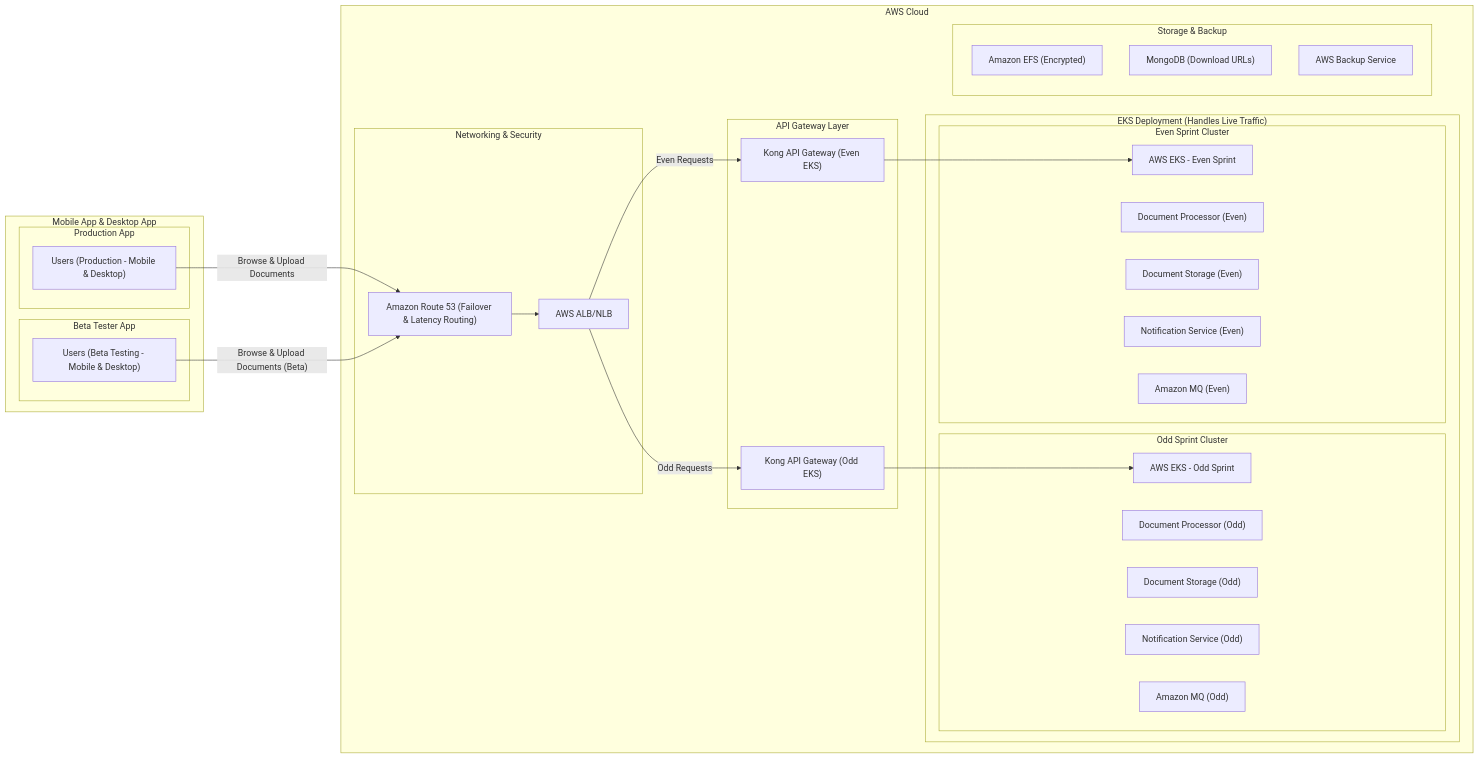
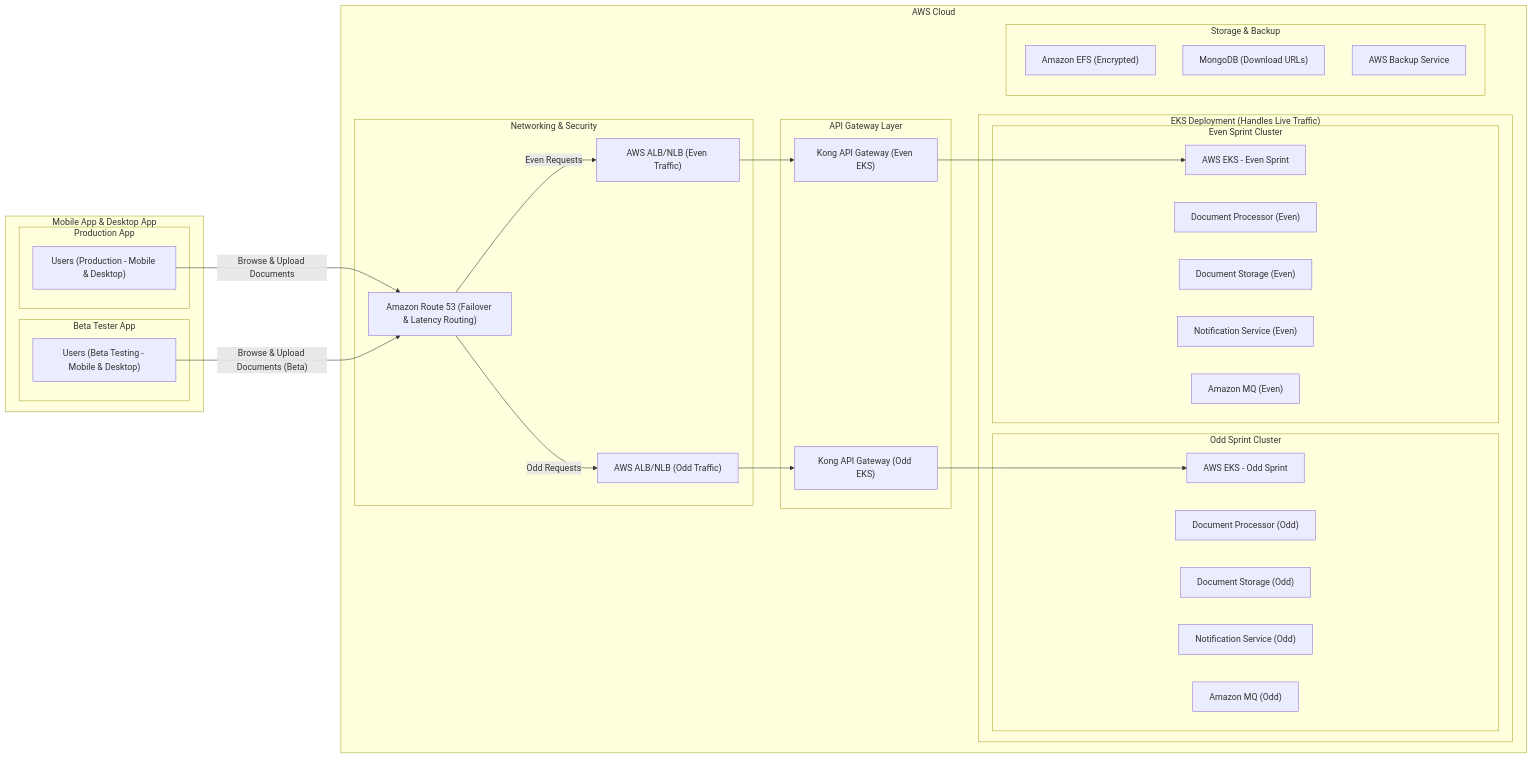
The second of 2 diagrams in NewArchitecture.md (FedericoDelSaz/sre-test), drawn with Mermaid before and after one commit.

Commit message:
fix diagrams

````diff
--- a/NewArchitecture.md
+++ b/NewArchitecture.md
@@ -101,56 +101,57 @@
 ```mermaid
 graph LR
   subgraph "Mobile App & Desktop App"
     subgraph "Production App"
       ProdUsers["Users (Production - Mobile & Desktop)"]
     end
     subgraph "Beta Tester App"
       BetaUsers["Users (Beta Testing - Mobile & Desktop)"]
     end
   end
   subgraph "AWS Cloud"
     subgraph "Networking & Security"
       Route53["Amazon Route 53 (Failover & Latency Routing)"]
-      ALB["AWS ALB/NLB"]
+      ALB_Odd["AWS ALB/NLB (Odd Traffic)"]
+      ALB_Even["AWS ALB/NLB (Even Traffic)"]
     end
     subgraph "API Gateway Layer"
       Kong_Odd["Kong API Gateway (Odd EKS)"]
       Kong_Even["Kong API Gateway (Even EKS)"]
     end
     subgraph "EKS Deployment (Handles Live Traffic)"
       subgraph "Odd Sprint Cluster"
         EKS_Odd["AWS EKS - Odd Sprint"]
         DocService_Odd["Document Processor (Odd)"]
         StorageService_Odd["Document Storage (Odd)"]
         NotificationService_Odd["Notification Service (Odd)"]
         AmazonMQ_Odd["Amazon MQ (Odd)"]
       end
       subgraph "Even Sprint Cluster"
         EKS_Even["AWS EKS - Even Sprint"]
         DocService_Even["Document Processor (Even)"]
         StorageService_Even["Document Storage (Even)"]
         NotificationService_Even["Notification Service (Even)"]
         AmazonMQ_Even["Amazon MQ (Even)"]
       end
     end
     subgraph "Storage & Backup"
       EFS["Amazon EFS (Encrypted)"]
       MongoDB["MongoDB (Download URLs)"]
       AWSBackup["AWS Backup Service"]
     end
   end
 
   %% Routing logic
   ProdUsers-- "Browse & Upload Documents" --> Route53
   BetaUsers-- "Browse & Upload Documents (Beta)" --> Route53
 
-  Route53 --> ALB
-  ALB -->|Odd Requests| Kong_Odd
-  ALB -->|Even Requests| Kong_Even
+  Route53 -->|Odd Requests| ALB_Odd
+  Route53 -->|Even Requests| ALB_Even
+
+  ALB_Odd --> Kong_Odd
+  ALB_Even --> Kong_Even
 
   Kong_Odd --> EKS_Odd
   Kong_Even --> EKS_Even
 
-
-
 ```
````
